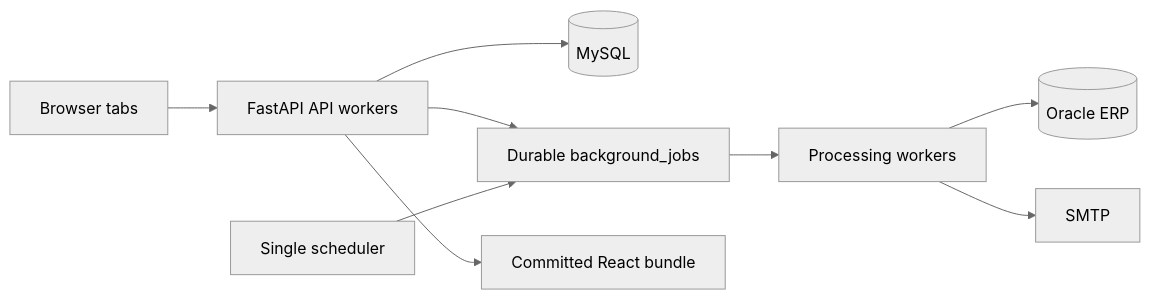
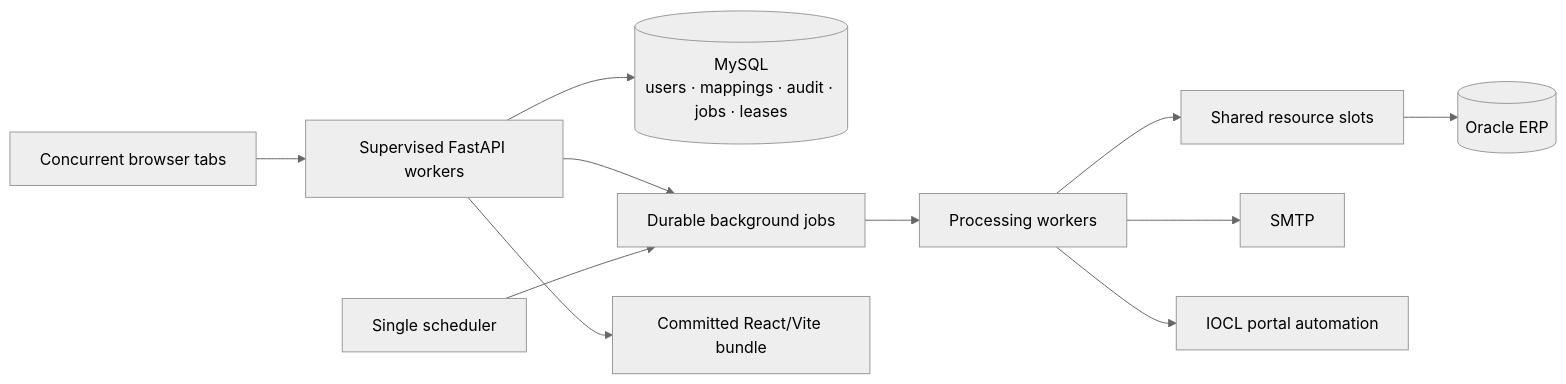
Before and after one commit to jarjishSiddibapa/rdc-accounts-suite: the diagram in README.md, drawn with Mermaid (neutral theme). The commit also changed other lines of this file and 8 other files, not shown here.

````diff
--- a/README.md
+++ b/README.md
@@ -70,11 +109,13 @@
 ```mermaid
 flowchart LR
-  Browser[Browser tabs] --> API[FastAPI API workers]
-  API --> DB[(MySQL)]
-  API --> Queue[Durable background_jobs]
+  Tabs[Concurrent browser tabs] --> API[Supervised FastAPI workers]
+  API --> DB[(MySQL<br/>users · mappings · audit · jobs · leases)]
+  API --> Queue[Durable background jobs]
   Queue --> Workers[Processing workers]
   Scheduler[Single scheduler] --> Queue
-  Workers --> Oracle[(Oracle ERP)]
+  Workers --> Slots[Shared resource slots]
+  Slots --> Oracle[(Oracle ERP)]
   Workers --> SMTP[SMTP]
-  API --> Static[Committed React bundle]
+  Workers --> Portal[IOCL portal automation]
+  API --> UI[Committed React/Vite bundle]
 ```
````
